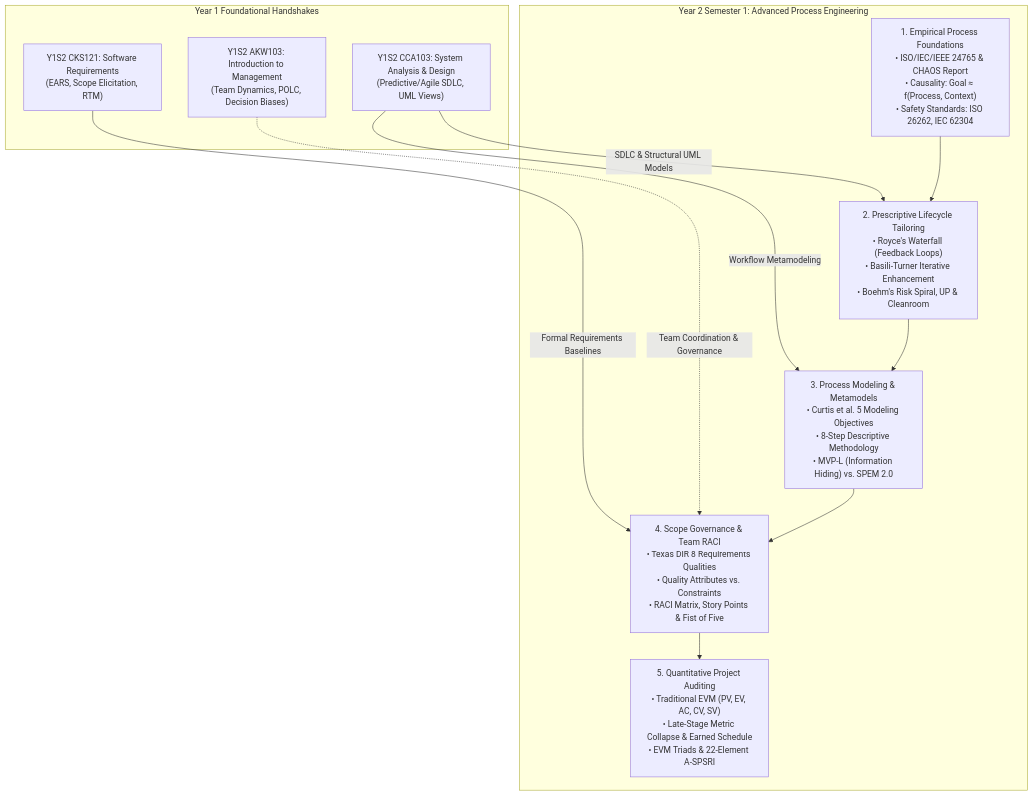
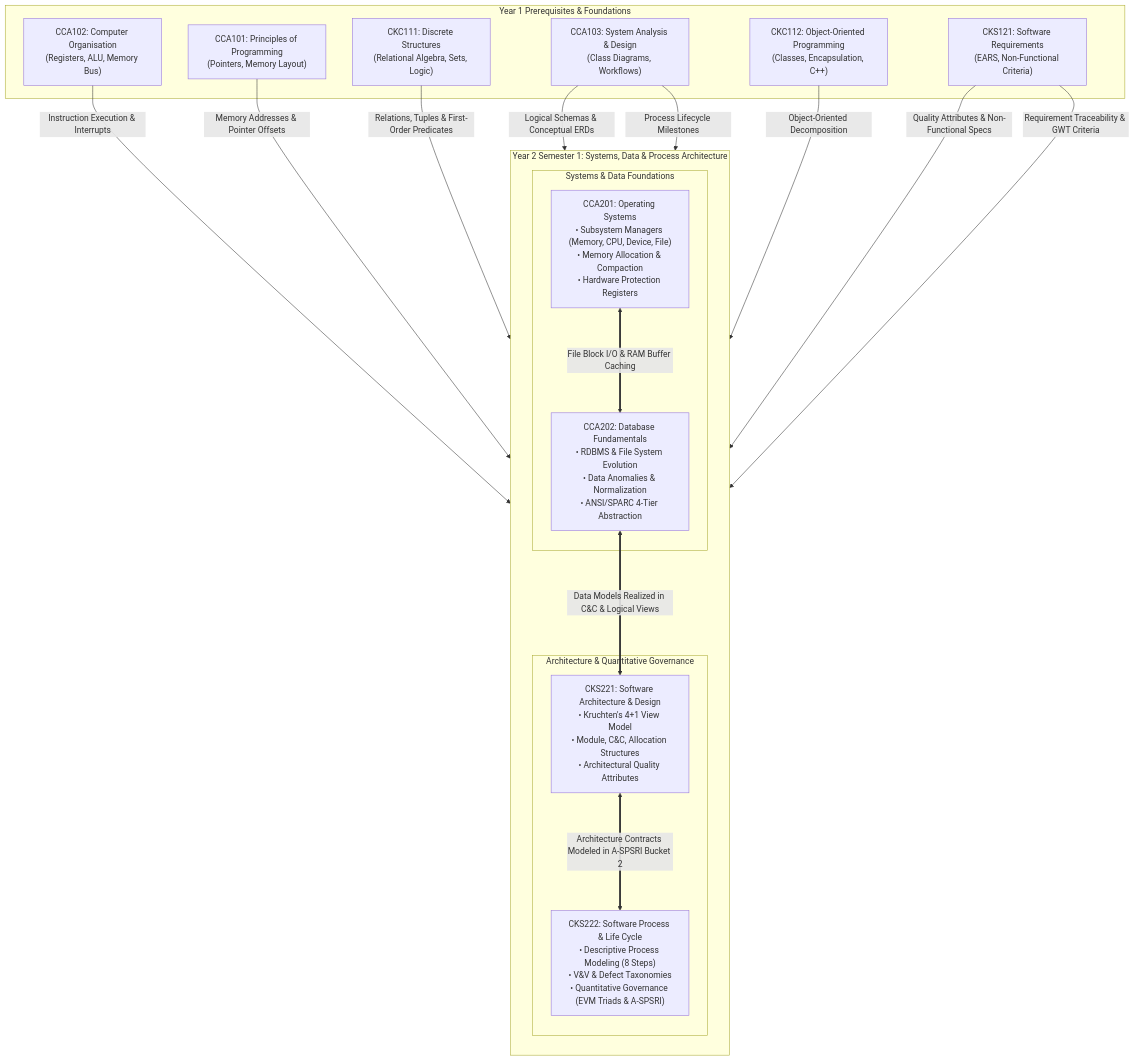
Before and after one commit to Fake1Doge/Obsidian-notes: the first of 6 diagrams in knowledge_Y2.md, drawn with Mermaid. The commit also changed other lines of this file and 7 other files, not shown here.

````diff
--- a/knowledge_Y2.md
+++ b/knowledge_Y2.md
@@ -37,22 +38,37 @@
 ```mermaid
 flowchart TD
-    subgraph Y1_Prerequisites ["Year 1 Foundational Handshakes"]
-        CKS121["Y1S2 CKS121: Software Requirements<br/>(EARS, Scope Elicitation, RTM)"]
-        CCA103["Y1S2 CCA103: System Analysis & Design<br/>(Predictive/Agile SDLC, UML Views)"]
-        AKW103["Y1S2 AKW103: Introduction to Management<br/>(Team Dynamics, POLC, Decision Biases)"]
+    subgraph Y1_Foundations ["Year 1 Prerequisites & Foundations"]
+        CCA102["CCA102: Computer Organisation<br/>(Registers, ALU, Memory Bus)"]
+        CCA101["CCA101: Principles of Programming<br/>(Pointers, Memory Layout)"]
+        CKC111["CKC111: Discrete Structures<br/>(Relational Algebra, Sets, Logic)"]
+        CCA103["CCA103: System Analysis & Design<br/>(Class Diagrams, Workflows)"]
+        CKC112["CKC112: Object-Oriented Programming<br/>(Classes, Encapsulation, C++)"]
+        CKS121["CKS121: Software Requirements<br/>(EARS, Non-Functional Criteria)"]
     end
 
-    subgraph Y2S1_AdvancedProcesses ["Year 2 Semester 1: Advanced Process Engineering"]
-        CKS222_Foundations["1. Empirical Process Foundations<br/>• ISO/IEC/IEEE 24765 & CHAOS Report<br/>• Causality: Goal ≈ f(Process, Context)<br/>• Safety Standards: ISO 26262, IEC 62304"]
-        CKS222_Lifecycles["2. Prescriptive Lifecycle Tailoring<br/>• Royce's Waterfall (Feedback Loops)<br/>• Basili-Turner Iterative Enhancement<br/>• Boehm's Risk Spiral, UP & Cleanroom"]
-        CKS222_Modeling["3. Process Modeling & Metamodels<br/>• Curtis et al. 5 Modeling Objectives<br/>• 8-Step Descriptive Methodology<br/>• MVP-L (Information Hiding) vs. SPEM 2.0"]
-        CKS222_Scope["4. Scope Governance & Team RACI<br/>• Texas DIR 8 Requirements Qualities<br/>• Quality Attributes vs. Constraints<br/>• RACI Matrix, Story Points & Fist of Five"]
-        CKS222_Auditing["5. Quantitative Project Auditing<br/>• Traditional EVM (PV, EV, AC, CV, SV)<br/>• Late-Stage Metric Collapse & Earned Schedule<br/>• EVM Triads & 22-Element A-SPSRI"]
+    subgraph Y2S1_Core ["Year 2 Semester 1: Systems, Data & Process Architecture"]
+        direction TB
+        subgraph InfrastructureLayer ["Systems & Data Foundations"]
+            CCA201["CCA201: Operating Systems<br/>• Subsystem Managers (Memory, CPU, Device, File)<br/>• Memory Allocation & Compaction<br/>• Hardware Protection Registers"]
+            CCA202["CCA202: Database Fundamentals<br/>• RDBMS & File System Evolution<br/>• Data Anomalies & Normalization<br/>• ANSI/SPARC 4-Tier Abstraction"]
+        end
+
+        subgraph DesignGovernanceLayer ["Architecture & Quantitative Governance"]
+            CKS221["CKS221: Software Architecture & Design<br/>• Kruchten's 4+1 View Model<br/>• Module, C&C, Allocation Structures<br/>• Architectural Quality Attributes"]
+            CKS222["CKS222: Software Process & Life Cycle<br/>• Descriptive Process Modeling (8 Steps)<br/>• V&V & Defect Taxonomies<br/>• Quantitative Governance (EVM Triads & A-SPSRI)"]
+        end
     end
 
-    CKS121 -->|Formal Requirements Baselines| CKS222_Scope
-    CCA103 -->|SDLC & Structural UML Models| CKS222_Lifecycles
-    CCA103 -->|Workflow Metamodeling| CKS222_Modeling
-    AKW103 -.->|Team Coordination & Governance| CKS222_Scope
-    CKS222_Foundations --> CKS222_Lifecycles --> CKS222_Modeling --> CKS222_Scope --> CKS222_Auditing
+    CCA102 -->|Instruction Execution & Interrupts| CCA201
+    CCA101 -->|Memory Addresses & Pointer Offsets| CCA201
+    CKC111 -->|Relations, Tuples & First-Order Predicates| CCA202
+    CCA103 -->|Logical Schemas & Conceptual ERDs| CCA202
+    CKC112 -->|Object-Oriented Decomposition| CKS221
+    CKS121 -->|Quality Attributes & Non-Functional Specs| CKS221
+    CKS121 -->|Requirement Traceability & GWT Criteria| CKS222
+    CCA103 -->|Process Lifecycle Milestones| CKS222
+
+    CCA201 <===>|File Block I/O & RAM Buffer Caching| CCA202
+    CCA202 <===>|Data Models Realized in C&C & Logical Views| CKS221
+    CKS221 <===>|Architecture Contracts Modeled in A-SPSRI Bucket 2| CKS222
 ```
````
